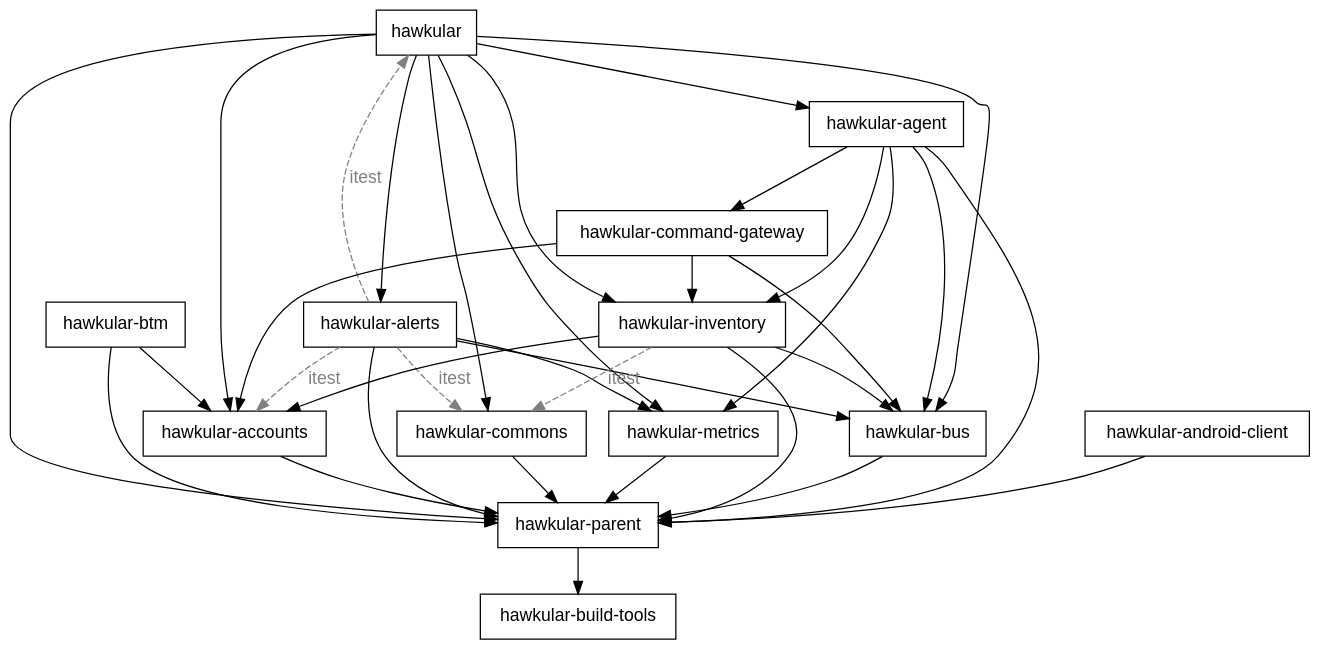
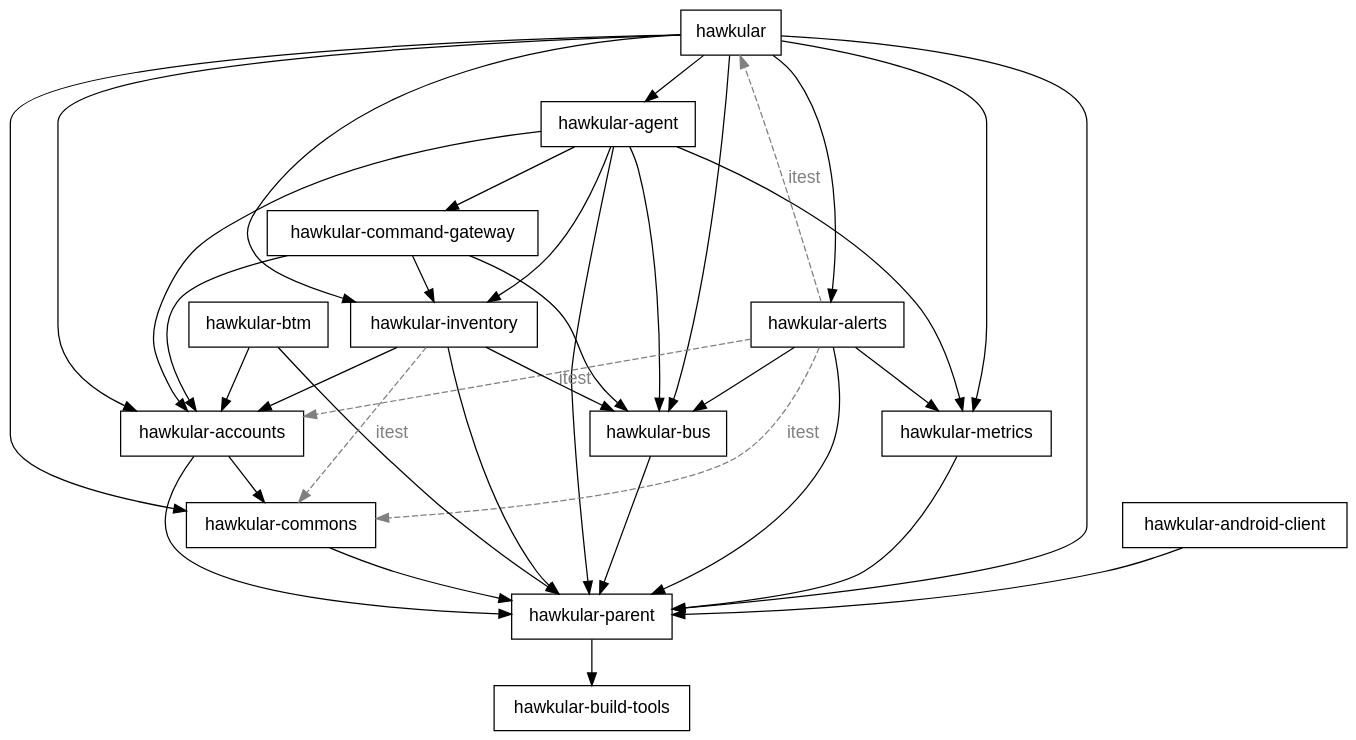
The diagram in src/main/manually-generated/assets/img/docs/dev/components-dependencies.dot (hawkular/hawkular.github.io), drawn with Graphviz before and after one commit. The commit also changed 1 other file, not shown here.

Commit message:
HAWKULAR-735 - Updated component dependencies for accounts.

```diff
--- a/src/main/manually-generated/assets/img/docs/dev/components-dependencies.dot
+++ b/src/main/manually-generated/assets/img/docs/dev/components-dependencies.dot
@@ -1,73 +1,76 @@
 // Hawkular Component Dependencies
 // build with
 // cd src/main
 // dot -Tsvg manually-generated/assets/img/docs/dev/components-dependencies.dot -o jbake/assets/img/docs/dev/components-dependencies.svg
 
 digraph {
     graph [bgcolor="transparent" fontname="helvetica"]
     node [fontname = "helvetica" shape=box]
     edge [fontname = "helvetica"]
 
     "hawkular"
     "hawkular-accounts"
     "hawkular-agent"
     "hawkular-alerts"
     "hawkular-btm"
     "hawkular-build-tools"
     "hawkular-bus"
     "hawkular-commons"
     "hawkular-command-gateway"
     "hawkular-inventory"
     "hawkular-metrics"
     "hawkular-parent"
 
     "hawkular-parent" -> "hawkular-build-tools"
 
     // all components depend on parent
     "hawkular" -> "hawkular-parent"
     "hawkular-accounts" -> "hawkular-parent"
     "hawkular-android-client" -> "hawkular-parent"
     "hawkular-agent" -> "hawkular-parent"
     "hawkular-alerts" -> "hawkular-parent"
     "hawkular-btm" -> "hawkular-parent"
     "hawkular-bus" -> "hawkular-parent"
     "hawkular-commons" -> "hawkular-parent"
     "hawkular-inventory" -> "hawkular-parent"
     "hawkular-metrics" -> "hawkular-parent"
 
     // hawkular direct deps
     "hawkular" -> "hawkular-accounts"
     "hawkular" -> "hawkular-agent"
     "hawkular" -> "hawkular-alerts"
     "hawkular" -> "hawkular-bus"
     "hawkular" -> "hawkular-commons"
     "hawkular" -> "hawkular-inventory"
     "hawkular" -> "hawkular-metrics"
 
     // command-gateway direct deps
     "hawkular-command-gateway" -> "hawkular-accounts"
     "hawkular-command-gateway" -> "hawkular-bus"
     "hawkular-command-gateway" -> "hawkular-inventory"
 
     // agent direct deps
     "hawkular-agent" -> "hawkular-command-gateway"
     "hawkular-agent" -> "hawkular-bus"
     "hawkular-agent" -> "hawkular-inventory"
     "hawkular-agent" -> "hawkular-metrics"
+    "hawkular-agent" -> "hawkular-accounts"
 
     // alerts direct deps
     "hawkular-alerts" -> "hawkular" [style=dashed, color=gray, label="itest" fontcolor="grey"]
     "hawkular-alerts" -> "hawkular-accounts" [style=dashed, color=gray, label="itest" fontcolor="grey"]
     "hawkular-alerts" -> "hawkular-commons" [style=dashed, color=gray, label="itest" fontcolor="grey"]
     "hawkular-alerts" -> "hawkular-bus"
     "hawkular-alerts" -> "hawkular-metrics"
 
     // btm direct deps
     "hawkular-btm" -> "hawkular-accounts"
 
     // inventory direct deps
     "hawkular-inventory" -> "hawkular-accounts"
     "hawkular-inventory" -> "hawkular-bus"
     "hawkular-inventory" -> "hawkular-commons" [style=dashed, color=gray, label="itest" fontcolor="grey"]
 
+    // accounts direct deps
+    "hawkular-accounts" -> "hawkular-commons"
 }
```
